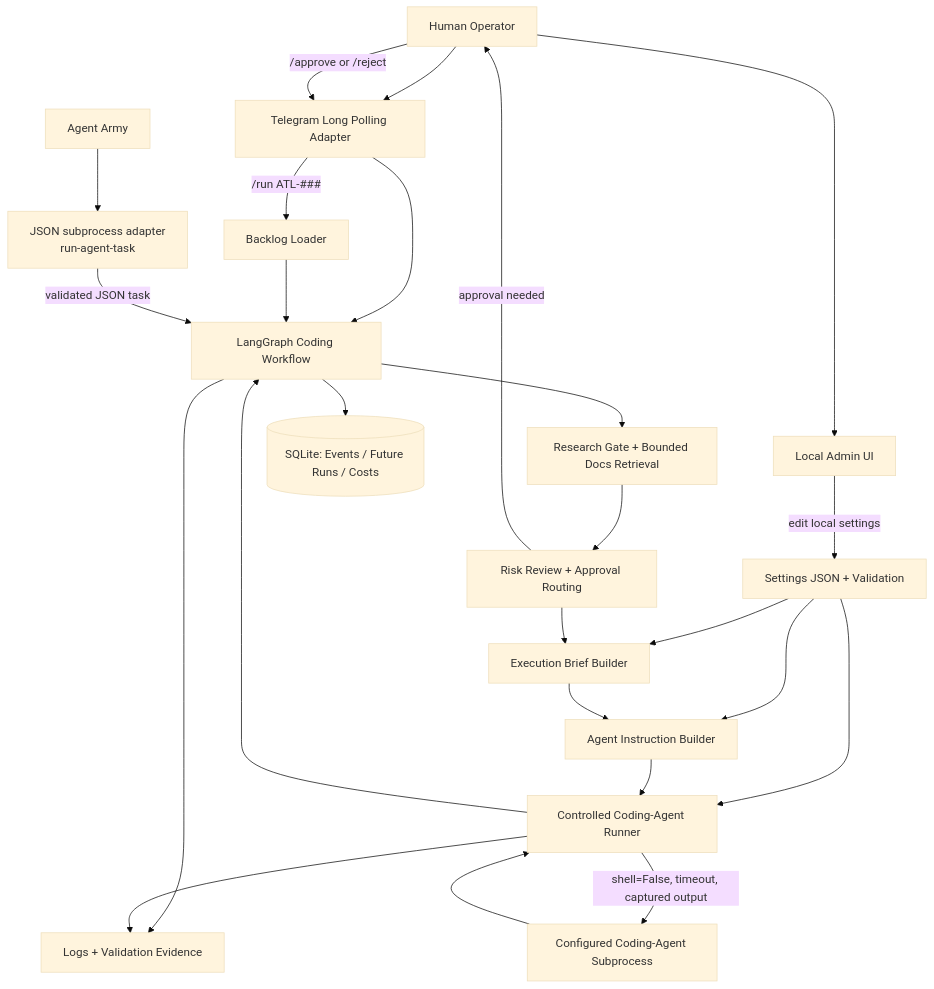
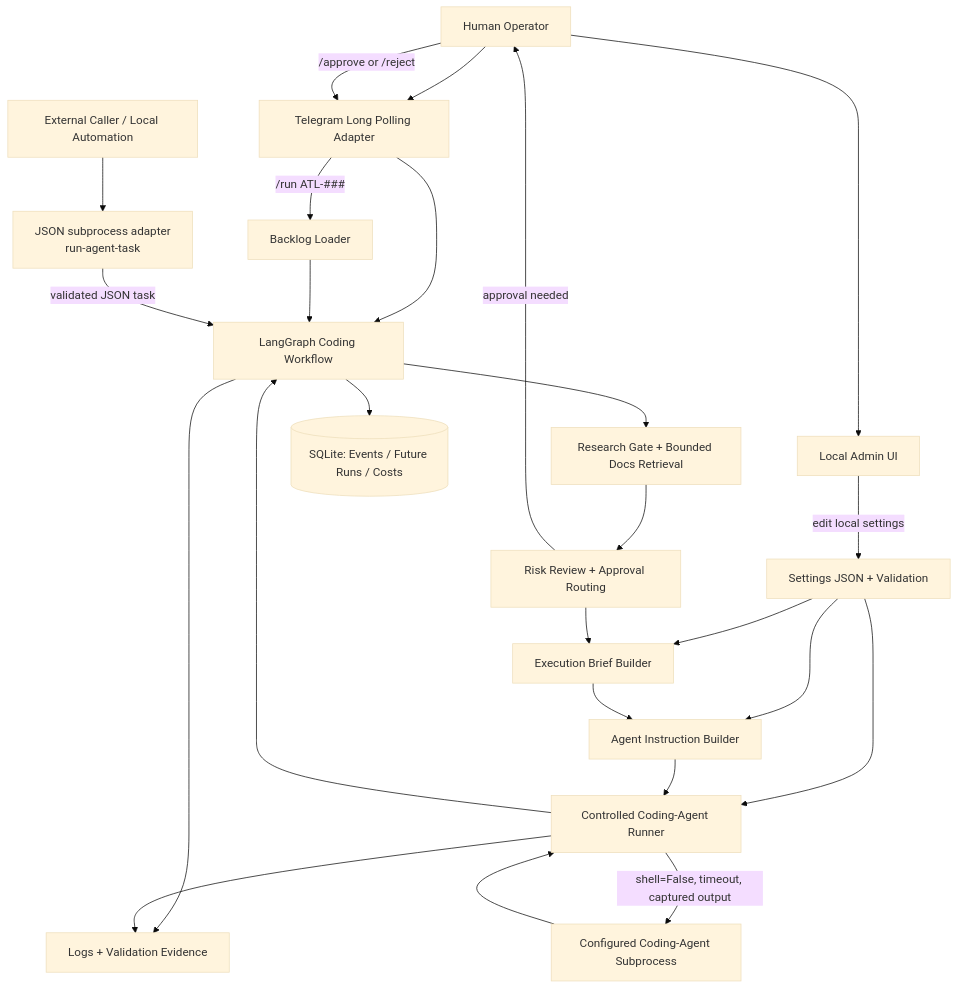
One commit to robvoto/ai-tech-lead-agent changed the diagram in docs/ARCHITECTURE.md. Above: the diagram before and after it, drawn with Mermaid (base theme). The commit also changed other lines of this file and 13 other files, not shown here.

````diff
--- a/docs/ARCHITECTURE.md
+++ b/docs/ARCHITECTURE.md
@@ -19,49 +19,49 @@
 ```mermaid
 flowchart TD
     Human[Human Operator]
     Telegram[Telegram Long Polling Adapter]
     Admin[Local Admin UI]
-    Army[Agent Army]
-    ArmyRunner[JSON subprocess adapter<br/>run-agent-task]
+    Caller[External Caller / Local Automation]
+    CallerRunner[JSON subprocess adapter<br/>run-agent-task]
 
     Backlog[Backlog Loader]
     Settings[Settings JSON + Validation]
     Graph[LangGraph Coding Workflow]
     Research[Research Gate + Bounded Docs Retrieval]
     Risk[Risk Review + Approval Routing]
     Brief[Execution Brief Builder]
     Instruction[Agent Instruction Builder]
     Runner[Controlled Coding-Agent Runner]
     CodingAgent[Configured Coding-Agent Subprocess]
     SQLite[(SQLite: Events / Future Runs / Costs)]
     Logs[Logs + Validation Evidence]
 
     Human --> Telegram
     Human --> Admin
-    Army --> ArmyRunner
+    Caller --> CallerRunner
 
     Telegram -->|/run ATL-###| Backlog
     Telegram --> Graph
     Backlog --> Graph
 
     Admin -->|edit local settings| Settings
-    ArmyRunner -->|validated JSON task| Graph
+    CallerRunner -->|validated JSON task| Graph
     Settings --> Brief
     Settings --> Instruction
     Settings --> Runner
 
     Graph --> Research
     Research --> Risk
     Risk -->|approval needed| Human
     Human -->|/approve or /reject| Telegram
     Risk --> Brief
     Brief --> Instruction
     Instruction --> Runner
     Runner -->|shell=False, timeout, captured output| CodingAgent
     CodingAgent --> Runner
     Runner --> Graph
 
     Graph --> Logs
     Runner --> Logs
     Graph --> SQLite
 ```
````
